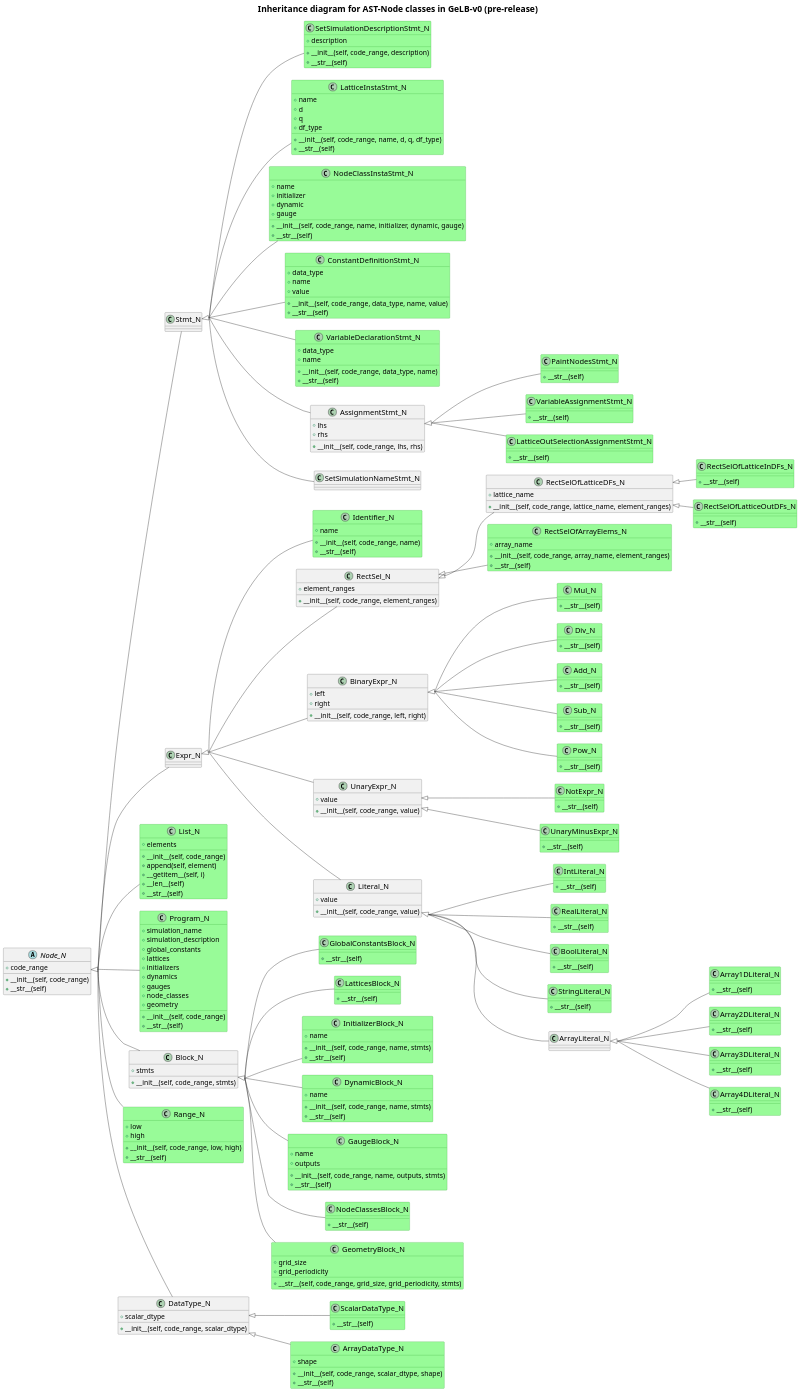
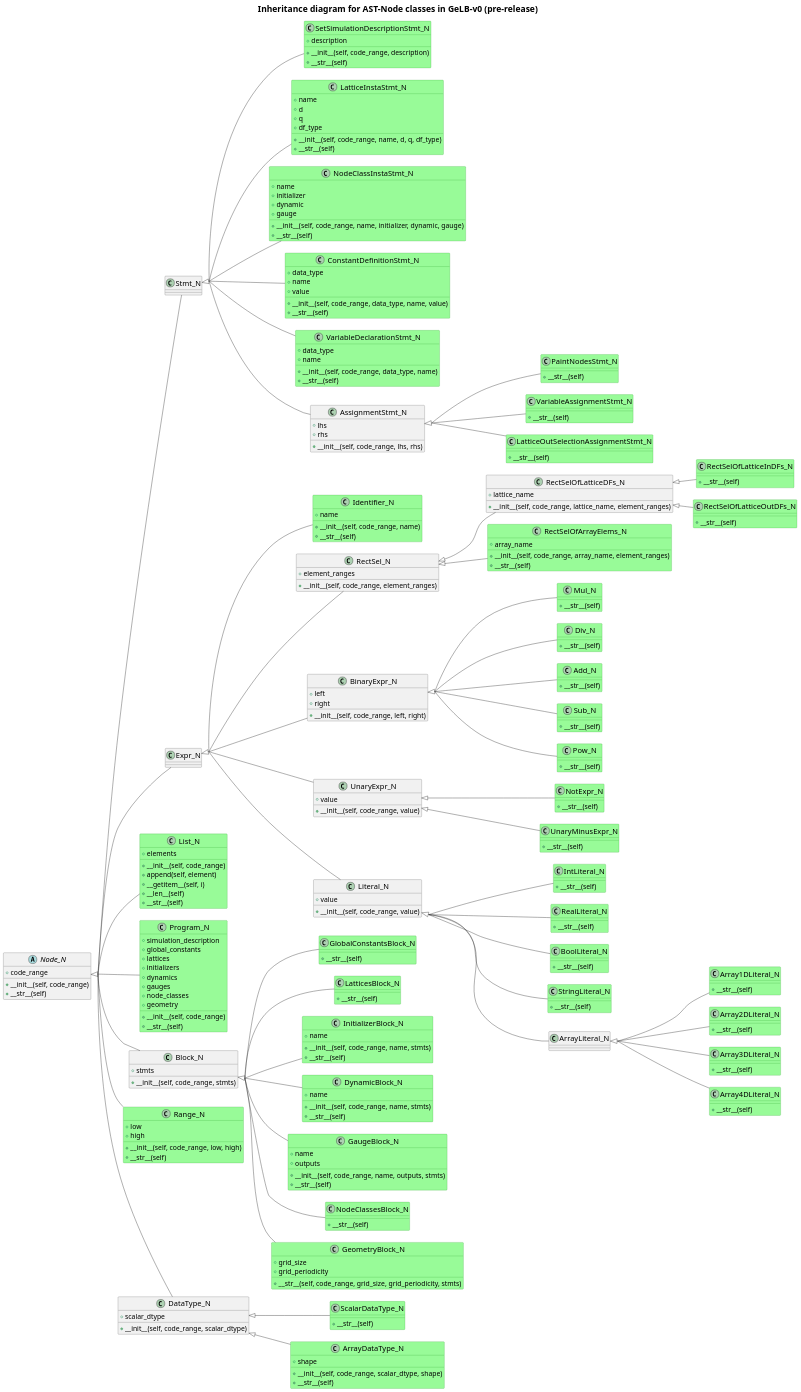
One commit to dchirila/gelb changed the diagram in docs/dev/GeLB_AST_Nodes_class_hierarchy.puml. Above: the diagram before and after it, drawn with PlantUML.

Commit message:
Remove SetSimulationNameStmt_N and related references
The SetSimulationNameStmt_N node and its corresponding member, simulation_name, were removed from the class hierarchy. This cleanup reflects changes to the model, simplifying the structure and eliminating unused elements.

```diff
--- a/docs/dev/GeLB_AST_Nodes_class_hierarchy.puml
+++ b/docs/dev/GeLB_AST_Nodes_class_hierarchy.puml
@@ -42,7 +42,6 @@
 }
 
 class Program_N #palegreen;line:green;text:black {
-    + simulation_name
     + simulation_description
     + global_constants
     + lattices
@@ -309,7 +308,6 @@
 Node_N <|-- Block_N
 Block_N <|-- GlobalConstantsBlock_N
 Block_N <|-- LatticesBlock_N
-Stmt_N <|-- SetSimulationNameStmt_N
 Stmt_N <|-- SetSimulationDescriptionStmt_N
 Stmt_N <|-- LatticeInstaStmt_N
 Block_N <|-- NodeClassesBlock_N
```
